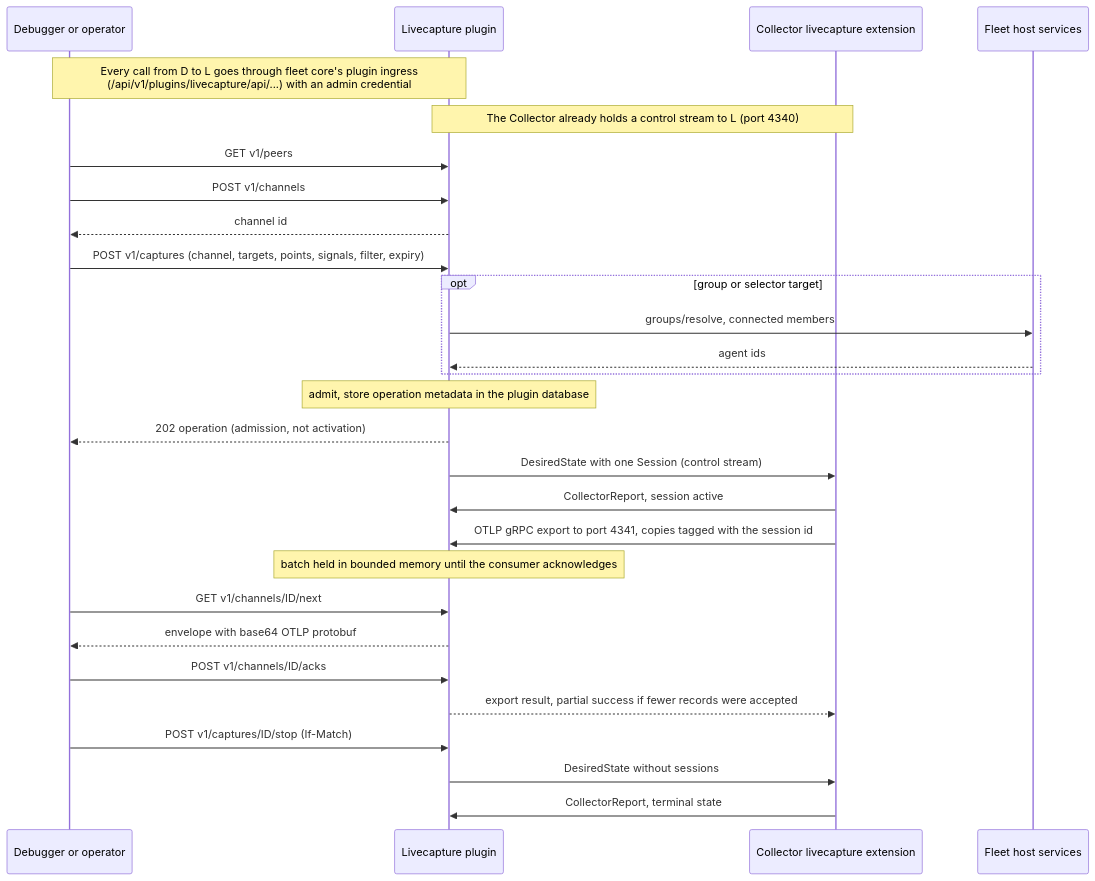
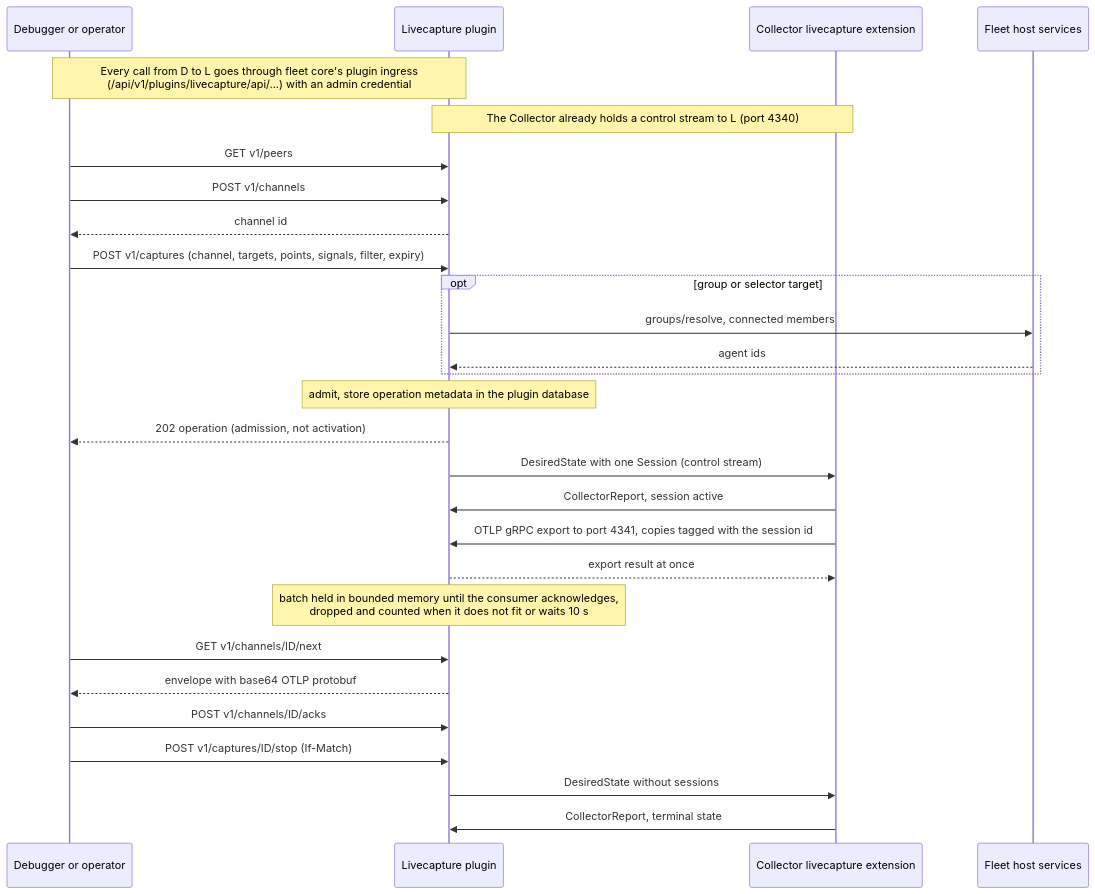
The second of 2 diagrams in docs/fleet/livecapture.md (lineahq/linea), drawn with Mermaid before and after one commit. The commit also changed other lines of this file and 32 other files, not shown here.

````diff
--- a/docs/fleet/livecapture.md
+++ b/docs/fleet/livecapture.md
@@ -234,30 +234,30 @@
 ```mermaid
 sequenceDiagram
   participant D as Debugger or operator
   participant L as Livecapture plugin
   participant X as Collector livecapture extension
   participant F as Fleet host services
   Note over D,L: Every call from D to L goes through fleet core's plugin ingress<br/>(/api/v1/plugins/livecapture/api/...) with an admin credential
   Note over X,L: The Collector already holds a control stream to L (port 4340)
   D->>L: GET v1/peers
   D->>L: POST v1/channels
   L-->>D: channel id
   D->>L: POST v1/captures (channel, targets, points, signals, filter, expiry)
   opt group or selector target
     L->>F: groups/resolve, connected members
     F-->>L: agent ids
   end
   Note over L: admit, store operation metadata in the plugin database
   L-->>D: 202 operation (admission, not activation)
   L->>X: DesiredState with one Session (control stream)
   X->>L: CollectorReport, session active
   X->>L: OTLP gRPC export to port 4341, copies tagged with the session id
-  Note over L: batch held in bounded memory until the consumer acknowledges
+  L-->>X: export result at once
+  Note over L: batch held in bounded memory until the consumer acknowledges,<br/>dropped and counted when it does not fit or waits 10 s
   D->>L: GET v1/channels/ID/next
   L-->>D: envelope with base64 OTLP protobuf
   D->>L: POST v1/channels/ID/acks
-  L-->>X: export result, partial success if fewer records were accepted
   D->>L: POST v1/captures/ID/stop (If-Match)
   L->>X: DesiredState without sessions
   X->>L: CollectorReport, terminal state
 ```
````
